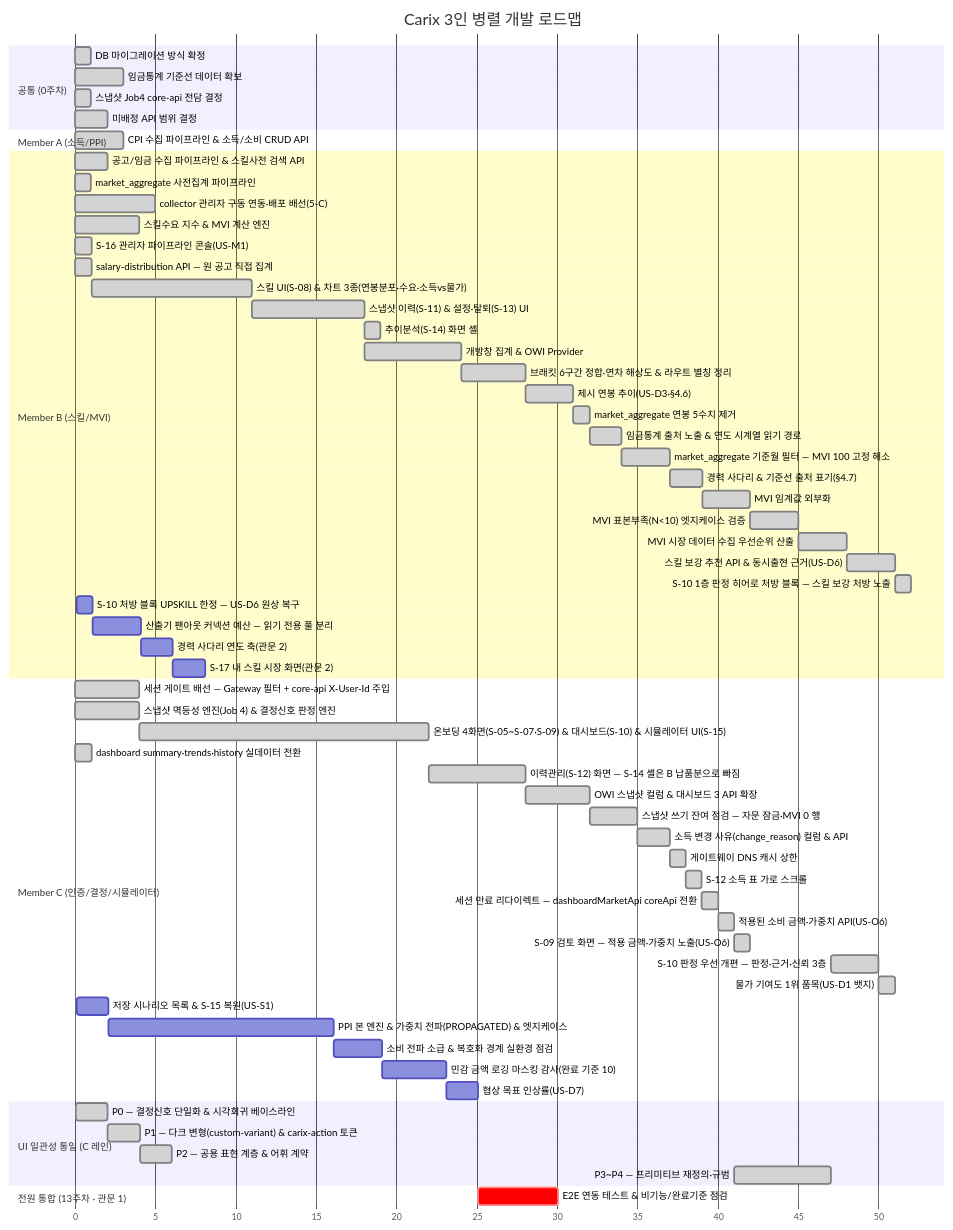
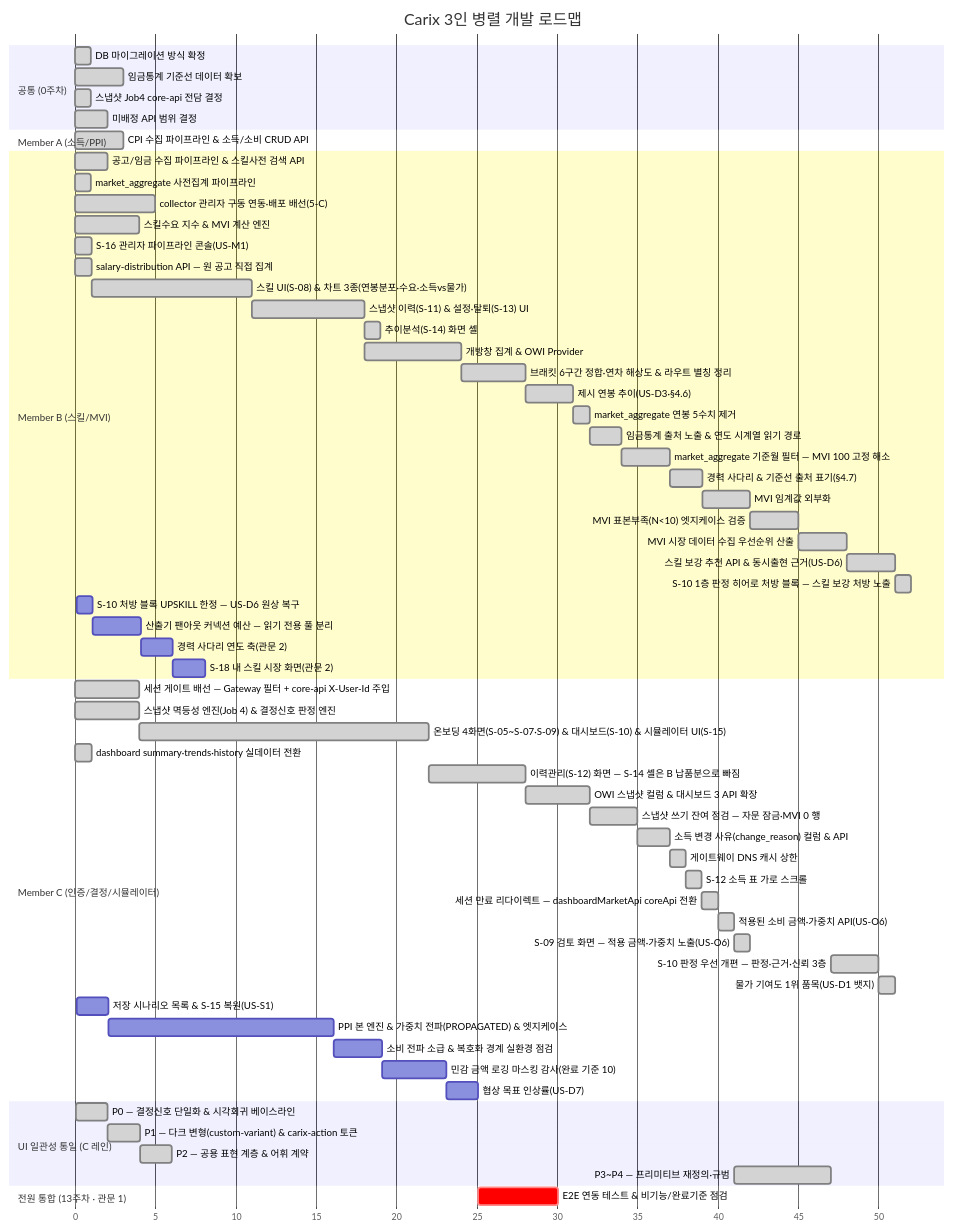
Before and after one commit to SeoHyeokGyu/Carix: the first of 2 diagrams in docs/plans/carix-dev-plan.md, drawn with Mermaid. The commit also changed other lines of this file and 15 other files, not shown here.

````diff
--- a/docs/plans/carix-dev-plan.md
+++ b/docs/plans/carix-dev-plan.md
@@ -94,67 +94,67 @@
 ```mermaid
 gantt
     title Carix 3인 병렬 개발 로드맵
     dateFormat X
     axisFormat %s
     section 공통 (0주차)
     DB 마이그레이션 방식 확정 :done, c0a, 0, 1s
     임금통계 기준선 데이터 확보 :done, a0, 3, 3s
     스냅샷 Job4 core-api 전담 결정 :done, i0, 7, 1s
     미배정 API 범위 결정 :done, c0, 7, 2s
     section Member A (소득/PPI)
     CPI 수집 파이프라인 & 소득/소비 CRUD API :done, a1, 12, 3s
     section Member B (스킬/MVI)
     공고/임금 수집 파이프라인 & 스킬사전 검색 API :done, b1, 2, 2s
     market_aggregate 사전집계 파이프라인 :done, b2a, 3, 1s
     collector 관리자 구동 연동·배포 배선(5-C) :done, b0, 7, 5s
     스킬수요 지수 & MVI 계산 엔진 :done, b2, 8, 4s
     S-16 관리자 파이프라인 콘솔(US-M1) :done, b16, 14, 1s
     salary-distribution API — 원 공고 직접 집계 :done, b3a, 15, 1s
     스킬 UI(S-08) & 차트 3종(연봉분포·수요·소득vs물가) :done, b3, after b3a, 10s
     스냅샷 이력(S-11) & 설정·탈퇴(S-13) UI :done, b4, after b3, 7s
     추이분석(S-14) 화면 셸 :done, b4a, after b4, 1s
     개방창 집계 & OWI Provider :done, b6, after b4, 6s
     브래킷 6구간 정합·연차 해상도 & 라우트 별칭 정리 :done, b7, after b6, 4s
     제시 연봉 추이(US-D3·§4.6) :done, b10, after b7, 3s
     market_aggregate 연봉 5수치 제거 :done, b11, after b10, 1s
     임금통계 출처 노출 & 연도 시계열 읽기 경로 :done, b13, after b11, 2s
     market_aggregate 기준월 필터 — MVI 100 고정 해소 :done, b18, after b13, 3s
     경력 사다리 & 기준선 출처 표기(§4.7) :done, b12, after b18, 2s
     MVI 임계값 외부화 :done, b8, after b12, 3s
     MVI 표본부족(N<10) 엣지케이스 검증 :done, b8a, after b8, 3s
     MVI 시장 데이터 수집 우선순위 산출 :done, b8b, after b8a, 3s
     스킬 보강 추천 API & 동시출현 근거(US-D6) :done, b9, after b8b, 3s
     S-10 1층 판정 히어로 처방 블록 — 스킬 보강 처방 노출 :done, b15, after b9, 1s
     S-10 처방 블록 UPSKILL 한정 — US-D6 원상 복구 :b20, 83, 1s
     산출기 팬아웃 커넥션 예산 — 읽기 전용 풀 분리 :b17, after b20, 3s
     경력 사다리 연도 축(관문 2) :b14, after b17, 2s
-    S-17 내 스킬 시장 화면(관문 2) :b19, after b14, 2s
+    S-18 내 스킬 시장 화면(관문 2) :b19, after b14, 2s
     section Member C (인증/결정/시뮬레이터)
     세션 게이트 배선 — Gateway 필터 + core-api X-User-Id 주입 :done, c0b, 7, 4s
     스냅샷 멱등성 엔진(Job 4) & 결정신호 판정 엔진 :done, c2, 8, 4s
     온보딩 4화면(S-05~S-07·S-09) & 대시보드(S-10) & 시뮬레이터 UI(S-15) :done, c3, after c2, 18s
     dashboard summary·trends·history 실데이터 전환 :done, c4a, 15, 1s
     이력관리(S-12) 화면 — S-14 셸은 B 납품분으로 빠짐 :done, c4, after c3, 6s
     OWI 스냅샷 컬럼 & 대시보드 3 API 확장 :done, c6, after c4, 4s
     스냅샷 쓰기 잔여 점검 — 자문 잠금·MVI 0 행 :done, c5, after c6, 3s
     소득 변경 사유(change_reason) 컬럼 & API :done, c10, after c5, 2s
     게이트웨이 DNS 캐시 상한 :done, c7, after c10, 1s
     S-12 소득 표 가로 스크롤 :done, c13, after c7, 1s
     세션 만료 리다이렉트 — dashboardMarketApi coreApi 전환 :done, c16, after c13, 1s
     적용된 소비 금액·가중치 API(US-O6) :done, c11, after c16, 1s
     S-09 검토 화면 — 적용 금액·가중치 노출(US-O6) :done, c17, after c11, 1s
     S-10 판정 우선 개편 — 판정·근거·신뢰 3층 :done, c15, after ui3, 3s
     물가 기여도 1위 품목(US-D1 뱃지) :done, c12, after c15, 1s
     저장 시나리오 목록 & S-15 복원(US-S1) :c9, 83, 2s
     PPI 본 엔진 & 가중치 전파(PROPAGATED) & 엣지케이스 :a2, after c9, 14s
     소비 전파 소급 & 복호화 경계 실환경 점검 :a12, after a2, 3s
     민감 금액 로깅 마스킹 감사(완료 기준 10) :a7, after a12, 4s
     협상 목표 인상률(US-D7) :c8, after a7, 2s
     section UI 일관성 통일 (C 레인)
     P0 — 결정신호 단일화 & 시각회귀 베이스라인 :done, ui0, 33, 2s
     P1 — 다크 변형(custom-variant) & carix-action 토큰 :done, ui1, after ui0, 2s
     P2 — 공용 표현 계층 & 어휘 계약 :done, ui2, after ui1, 2s
     P3~P4 — 프리미티브 재정의·규범 :done, ui3, after c11, 6s
     section 전원 통합 (13주차 · 관문 1)
     E2E 연동 테스트 & 비기능/완료기준 점검 :crit, e2e, after b17 c8, 5s
 ```
````
